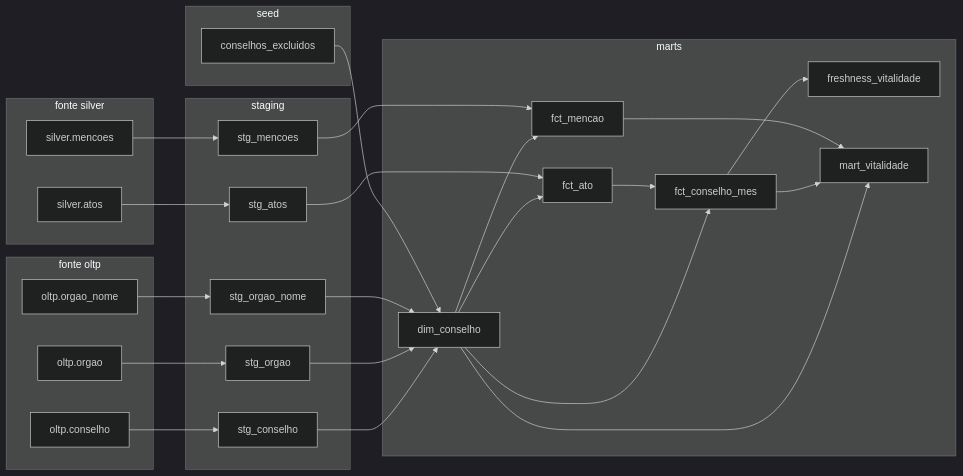
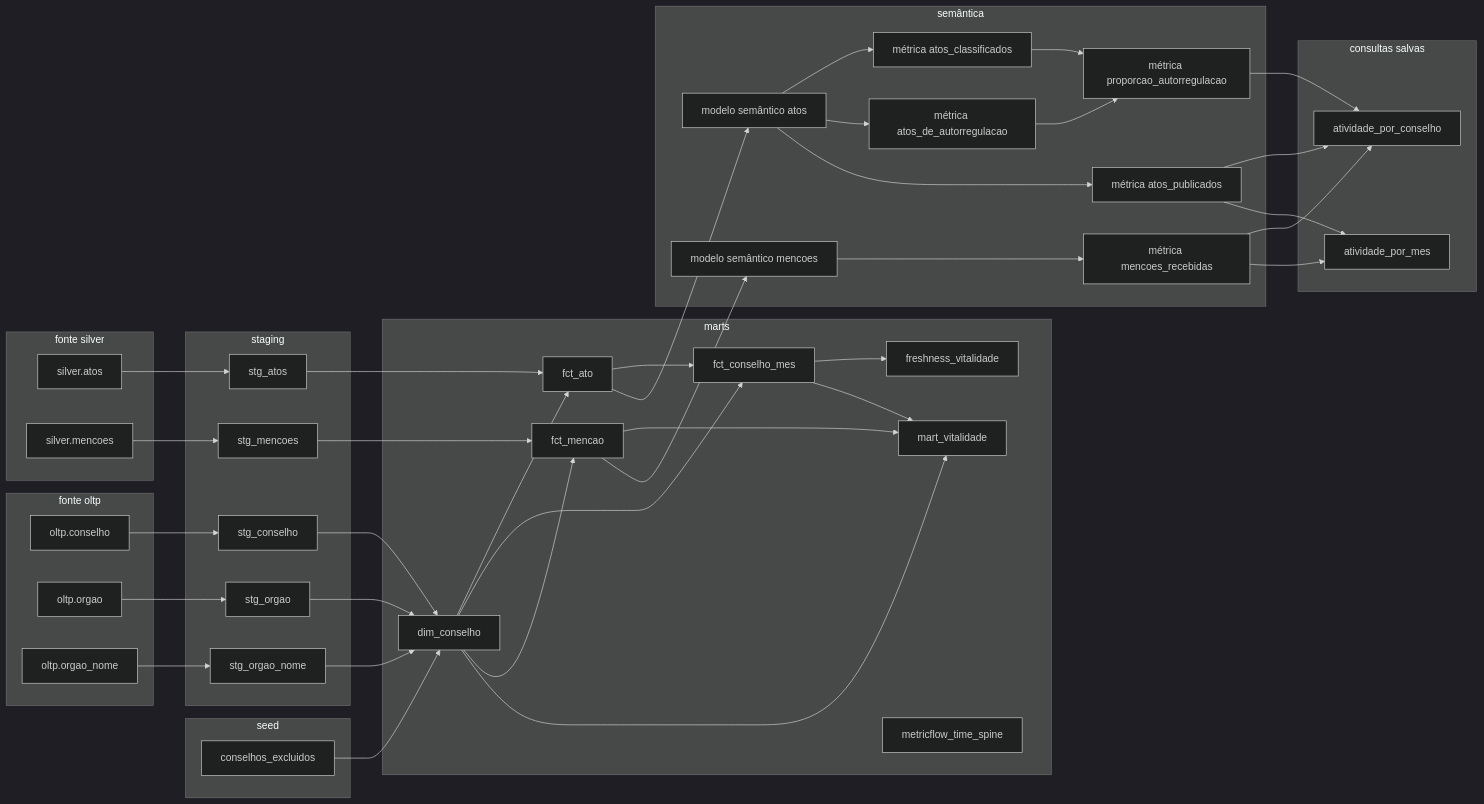
The diagram in site/linhagem.md (Luidooo/conselhos-vivos), drawn with Mermaid (dark theme) before and after one commit. The commit also changed other lines of this file and 5 other files, not shown here.

````diff
--- a/site/linhagem.md
+++ b/site/linhagem.md
@@ -23,49 +23,76 @@
 ```mermaid
 flowchart LR
   subgraph c0["fonte oltp"]
-    n12["oltp.conselho"]
-    n13["oltp.orgao"]
-    n14["oltp.orgao_nome"]
+    n22["oltp.conselho"]
+    n23["oltp.orgao"]
+    n24["oltp.orgao_nome"]
   end
   subgraph c1["fonte silver"]
-    n15["silver.atos"]
-    n16["silver.mencoes"]
+    n25["silver.atos"]
+    n26["silver.mencoes"]
   end
   subgraph c2["seed"]
-    n11["conselhos_excluidos"]
+    n19["conselhos_excluidos"]
   end
   subgraph c3["staging"]
-    n6["stg_atos"]
-    n7["stg_conselho"]
-    n8["stg_mencoes"]
-    n9["stg_orgao"]
-    n10["stg_orgao_nome"]
+    n12["stg_atos"]
+    n13["stg_conselho"]
+    n14["stg_mencoes"]
+    n15["stg_orgao"]
+    n16["stg_orgao_nome"]
   end
   subgraph c4["marts"]
-    n0["dim_conselho"]
-    n1["fct_ato"]
-    n2["fct_conselho_mes"]
-    n3["fct_mencao"]
-    n4["freshness_vitalidade"]
-    n5["mart_vitalidade"]
+    n5["dim_conselho"]
+    n6["fct_ato"]
+    n7["fct_conselho_mes"]
+    n8["fct_mencao"]
+    n9["freshness_vitalidade"]
+    n10["mart_vitalidade"]
+    n11["metricflow_time_spine"]
   end
-  n7 --> n0
-  n9 --> n0
-  n10 --> n0
-  n11 --> n0
-  n0 --> n1
-  n6 --> n1
-  n0 --> n2
-  n1 --> n2
-  n0 --> n3
-  n8 --> n3
-  n2 --> n4
-  n0 --> n5
-  n2 --> n5
-  n3 --> n5
-  n15 --> n6
-  n12 --> n7
-  n16 --> n8
-  n13 --> n9
-  n14 --> n10
+  subgraph c5["semântica"]
+    n20["modelo semântico atos"]
+    n21["modelo semântico mencoes"]
+    n0["métrica atos_classificados"]
+    n1["métrica atos_de_autorregulacao"]
+    n2["métrica atos_publicados"]
+    n3["métrica mencoes_recebidas"]
+    n4["métrica proporcao_autorregulacao"]
+  end
+  subgraph c6["consultas salvas"]
+    n17["atividade_por_conselho"]
+    n18["atividade_por_mes"]
+  end
+  n20 --> n0
+  n20 --> n1
+  n20 --> n2
+  n21 --> n3
+  n0 --> n4
+  n1 --> n4
+  n13 --> n5
+  n15 --> n5
+  n16 --> n5
+  n19 --> n5
+  n5 --> n6
+  n12 --> n6
+  n5 --> n7
+  n6 --> n7
+  n5 --> n8
+  n14 --> n8
+  n7 --> n9
+  n5 --> n10
+  n7 --> n10
+  n8 --> n10
+  n25 --> n12
+  n22 --> n13
+  n26 --> n14
+  n23 --> n15
+  n24 --> n16
+  n2 --> n17
+  n3 --> n17
+  n4 --> n17
+  n2 --> n18
+  n3 --> n18
+  n6 --> n20
+  n8 --> n21
 ```
````
